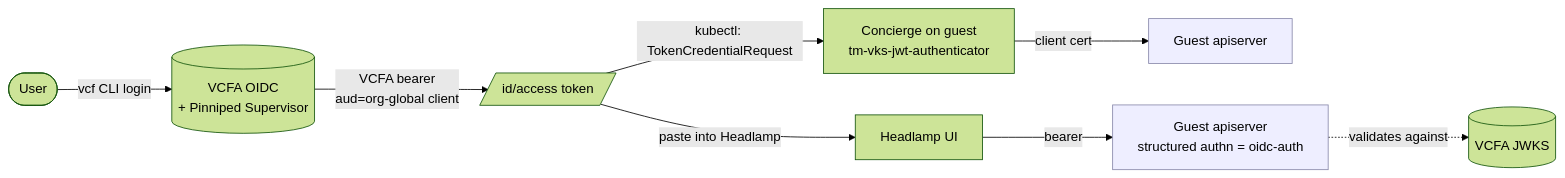
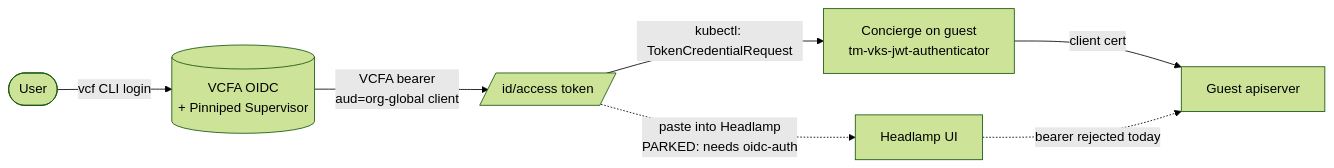
The eighth of 8 diagrams in docs/ARCHITECTURE.md (warroyo/argocd-scaffolding), drawn with Mermaid (forest theme) before and after one commit. The commit also changed other lines of this file and 18 other files, not shown here.

````diff
--- a/docs/ARCHITECTURE.md
+++ b/docs/ARCHITECTURE.md
@@ -691,10 +667,8 @@
 ```mermaid
 flowchart LR
   user([User]) -->|vcf CLI login| vcfa[(VCFA OIDC<br/>+ Pinniped Supervisor)]
   vcfa -->|VCFA bearer<br/>aud=org-global client| tok[/id/access token/]
   tok -->|kubectl: TokenCredentialRequest| concierge[Concierge on guest<br/>tm-vks-jwt-authenticator] -->|client cert| api1[Guest apiserver]
-  tok -->|paste into Headlamp| hl[Headlamp UI] -->|bearer| api2[Guest apiserver<br/>structured authn = oidc-auth]
-  api2 -.validates against.-> jwks[(VCFA JWKS)]
-  classDef same fill:#eef,stroke:#88a;
-  class api1,api2 same;
+  tok -.->|paste into Headlamp<br/>PARKED: needs oidc-auth| hl[Headlamp UI]
+  hl -.->|bearer rejected today| api1
 ```
````
